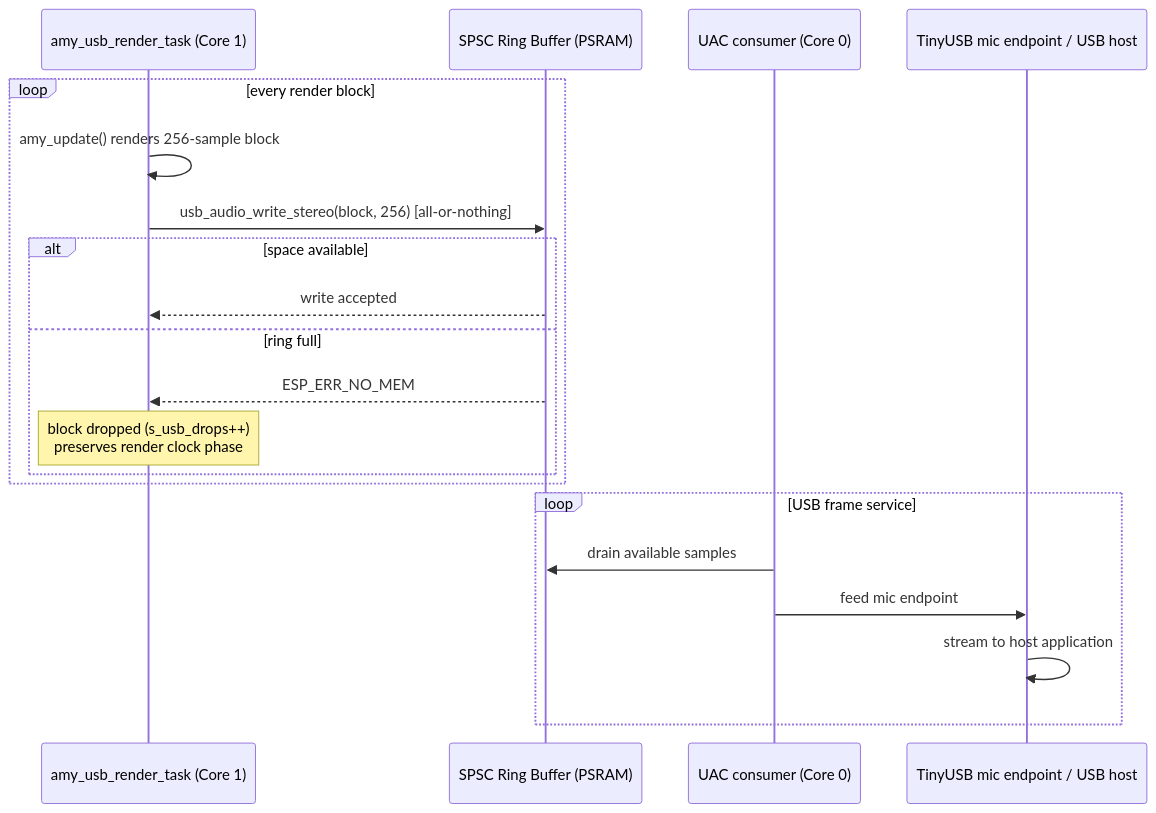
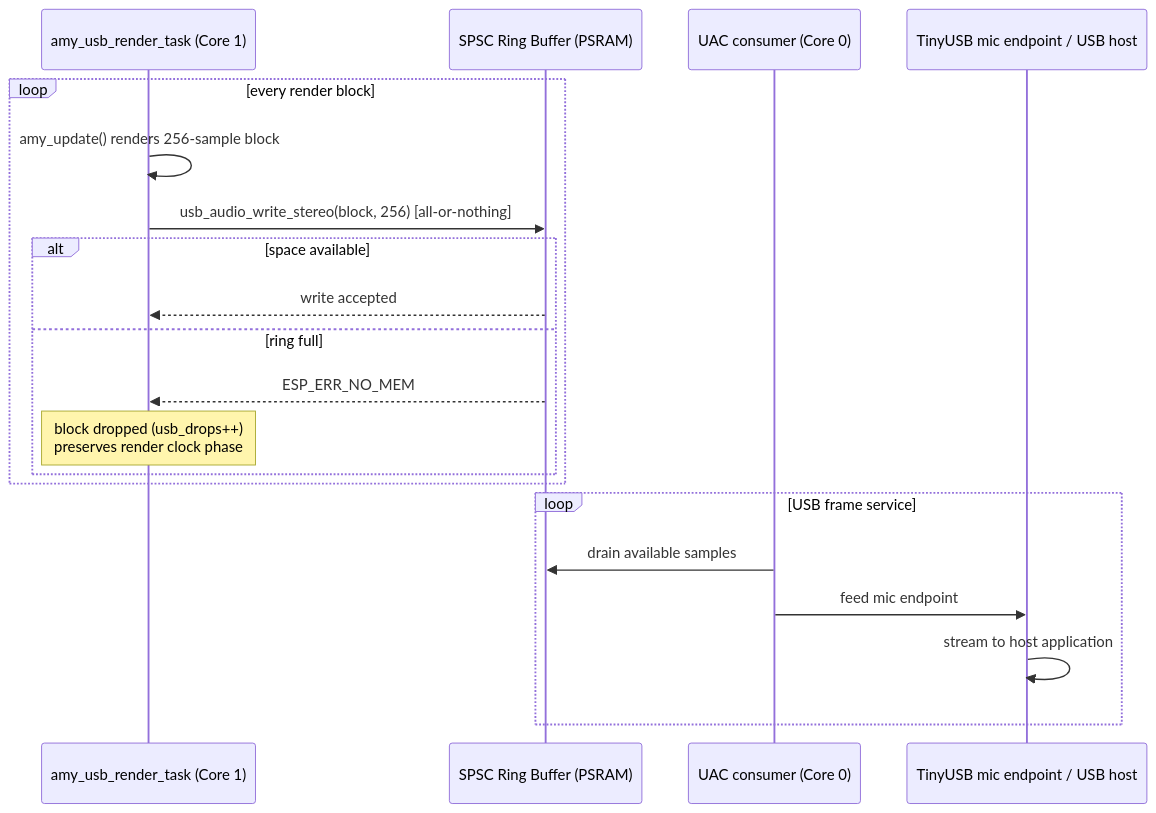
The diagram in components/usb_audio/README.md (cxandy/S3-Amysynth), drawn with Mermaid before and after one commit. The commit also changed other lines of this file and 7 other files, not shown here.

````diff
--- a/components/usb_audio/README.md
+++ b/components/usb_audio/README.md
@@ -21,24 +31,24 @@
 ```mermaid
 sequenceDiagram
     participant Producer as amy_usb_render_task (Core 1)
     participant Ring as SPSC Ring Buffer (PSRAM)
     participant Consumer as UAC consumer (Core 0)
     participant Host as TinyUSB mic endpoint / USB host
 
     loop every render block
         Producer->>Producer: amy_update() renders 256-sample block
         Producer->>Ring: usb_audio_write_stereo(block, 256) [all-or-nothing]
         alt space available
             Ring-->>Producer: write accepted
         else ring full
             Ring-->>Producer: ESP_ERR_NO_MEM
-            note over Producer: block dropped (s_usb_drops++)<br/>preserves render clock phase
+            note over Producer: block dropped (usb_drops++)<br/>preserves render clock phase
         end
     end
 
     loop USB frame service
         Consumer->>Ring: drain available samples
         Consumer->>Host: feed mic endpoint
         Host->>Host: stream to host application
     end
 ```
````
